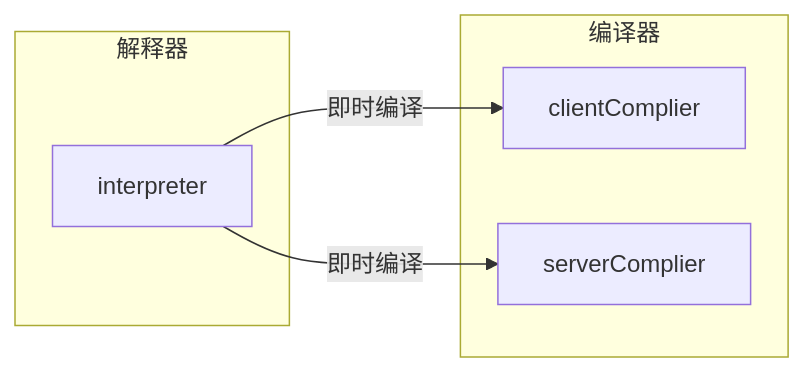
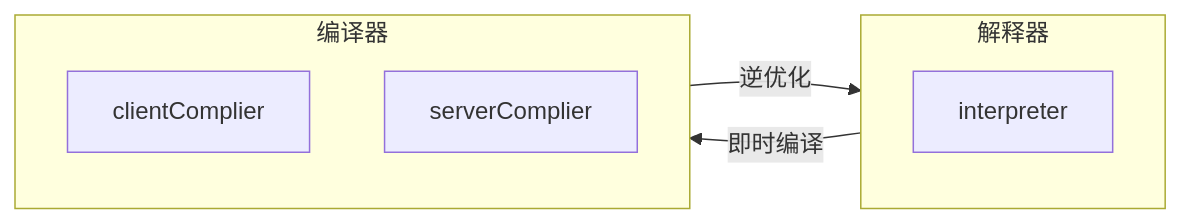
The third of 4 diagrams in modules/technology/java/JVM.md (Clinan/blog), drawn with Mermaid before and after one commit. The commit also changed other lines of this file and 3 other files, not shown here.

````diff
--- a/modules/technology/java/JVM.md
+++ b/modules/technology/java/JVM.md
@@ -652,10 +652,13 @@
 ```mermaid
-graph LR
+flowchart LR
 subgraph 解释器
 	interpreter
 end
+
 subgraph 编译器
-	interpreter-->|即时编译| clientComplier
-	interpreter-->|即时编译| serverComplier
+	 clientComplier
+	 serverComplier
 end 
+编译器-->|逆优化| 解释器
+解释器-->|即时编译| 编译器
 ```
````
